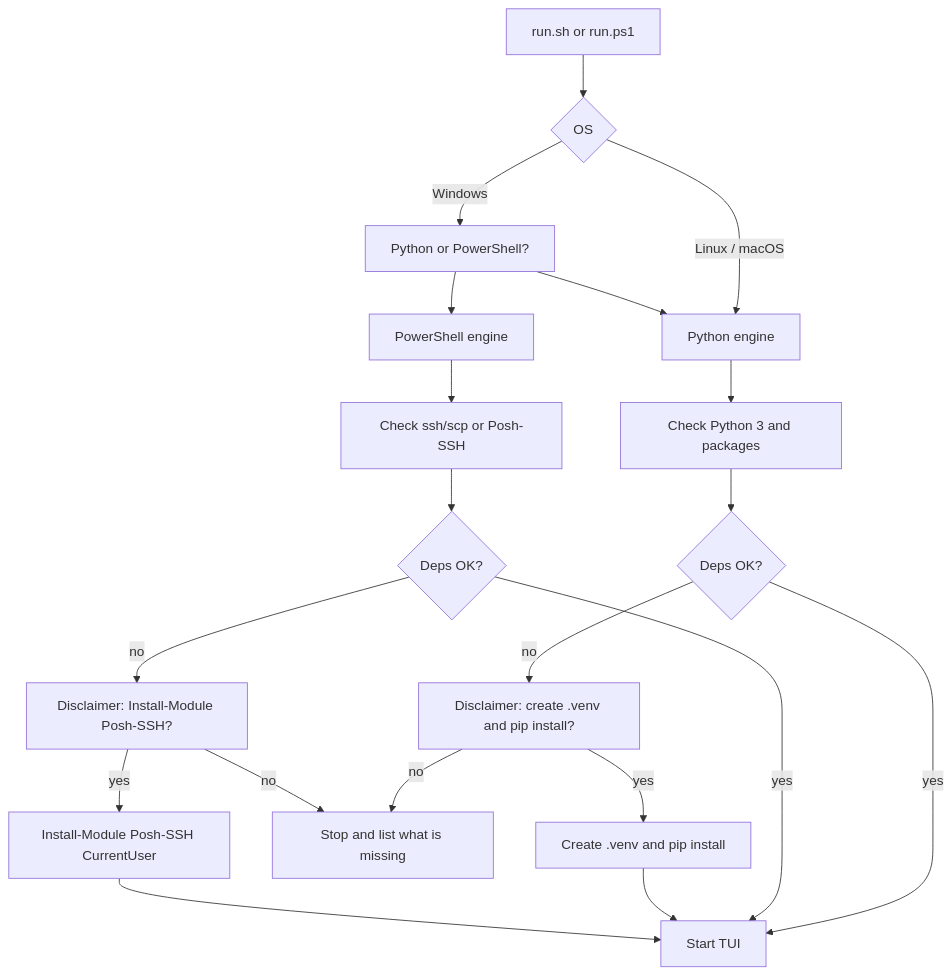
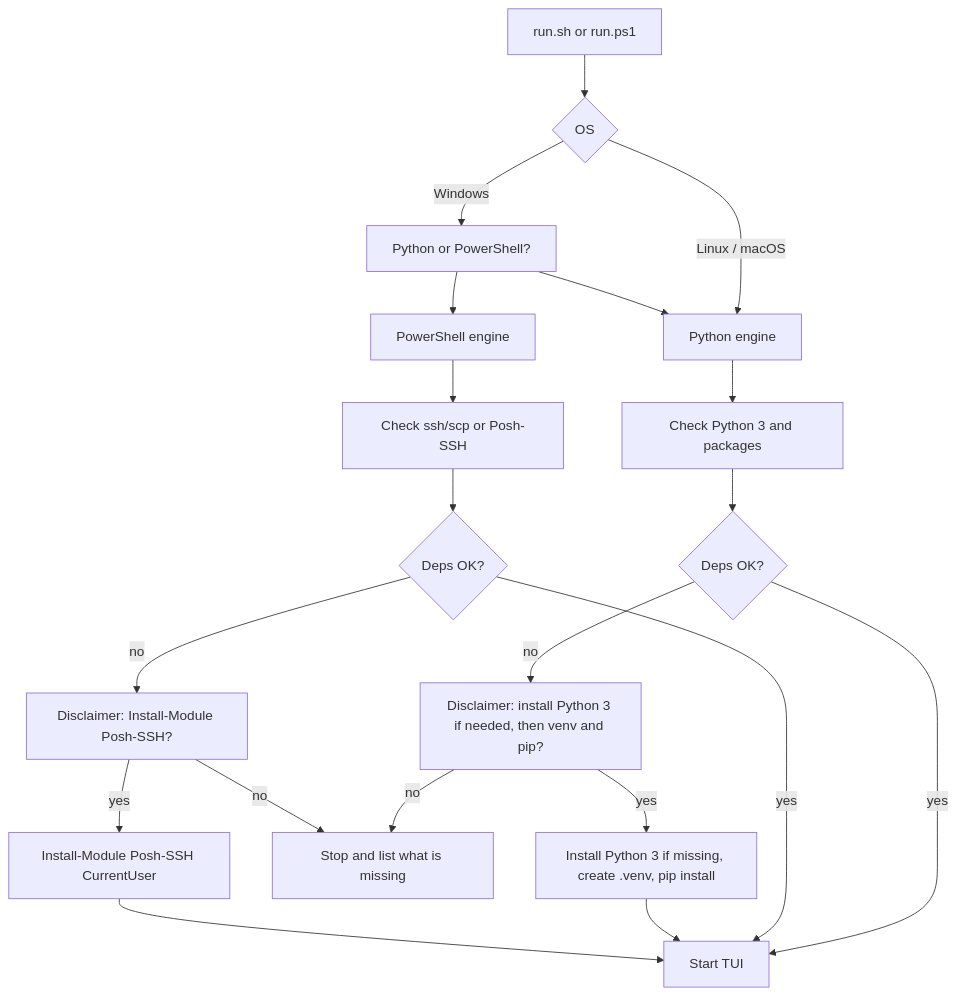
The first of 2 diagrams in README.md (guranshdeol/nutanix-ahv-cvm-custom-banner), drawn with Mermaid before and after one commit. The commit also changed other lines of this file and 2 other files, not shown here.

Commit message:
Let the launchers install Python 3 and project packages after a Yes.

````diff
--- a/README.md
+++ b/README.md
@@ -45,22 +49,22 @@
 ```mermaid
 flowchart TD
   start["run.sh or run.ps1"] --> os{"OS"}
   os -->|"Linux / macOS"| pyOnly["Python engine"]
   os -->|"Windows"| pick["Python or PowerShell?"]
   pick --> pyOnly
   pick --> psEng["PowerShell engine"]
   pyOnly --> checkPy["Check Python 3 and packages"]
   psEng --> checkPs["Check ssh/scp or Posh-SSH"]
   checkPy --> readyPy{"Deps OK?"}
   checkPs --> readyPs{"Deps OK?"}
   readyPy -->|yes| tui["Start TUI"]
   readyPs -->|yes| tui
-  readyPy -->|no| askPy["Disclaimer: create .venv and pip install?"]
+  readyPy -->|no| askPy["Disclaimer: install Python 3 if needed, then venv and pip?"]
   readyPs -->|no| askPs["Disclaimer: Install-Module Posh-SSH?"]
-  askPy -->|yes| instPy["Create .venv and pip install"]
+  askPy -->|yes| instPy["Install Python 3 if missing, create .venv, pip install"]
   askPy -->|no| stop["Stop and list what is missing"]
   askPs -->|yes| instPs["Install-Module Posh-SSH CurrentUser"]
   askPs -->|no| stop
   instPy --> tui
   instPs --> tui
 ```
````
